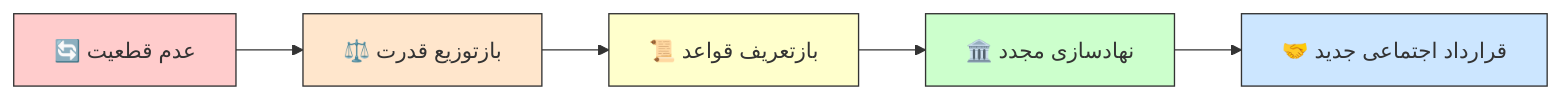
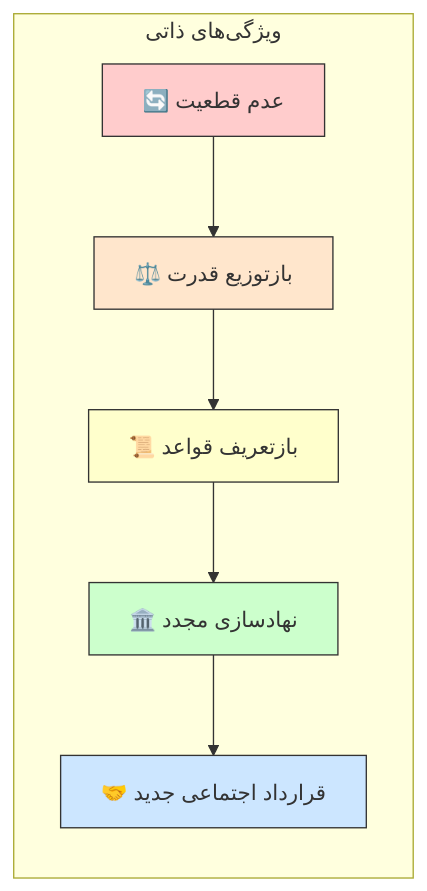
Before and after one commit to mahhdy/MahdiSalem.com: the second of 43 diagrams in src/content/articles/fa/آشنایی-با-دوران-گذار-انقلابی.mdx, drawn with Mermaid. The commit also changed other lines of this file and 4 other files, not shown here.

````diff
--- a/src/content/articles/fa/آشنایی-با-دوران-گذار-انقلابی.mdx
+++ b/src/content/articles/fa/آشنایی-با-دوران-گذار-انقلابی.mdx
@@ -110,13 +117,15 @@
 ```mermaid
 flowchart LR
-    A["🔄 عدم قطعیت"] --> B["⚖️ بازتوزیع قدرت"]
-    B --> C["📜 بازتعریف قواعد"]
-    C --> D["🏛️ نهادسازی مجدد"]
-    D --> E["🤝 قرارداد اجتماعی جدید"]
+    subgraph "ویژگی‌های ذاتی"
+        A["🔄 عدم قطعیت"] --> B["⚖️ بازتوزیع قدرت"]
+        B --> C["📜 بازتعریف قواعد"]
+        C --> D["🏛️ نهادسازی مجدد"]
+        D --> E["🤝 قرارداد اجتماعی جدید"]
+    end
 
     style A fill:#ffcccc,stroke:#333
     style B fill:#ffe6cc,stroke:#333
     style C fill:#ffffcc,stroke:#333
     style D fill:#ccffcc,stroke:#333
     style E fill:#cce6ff,stroke:#333
 ```
````
